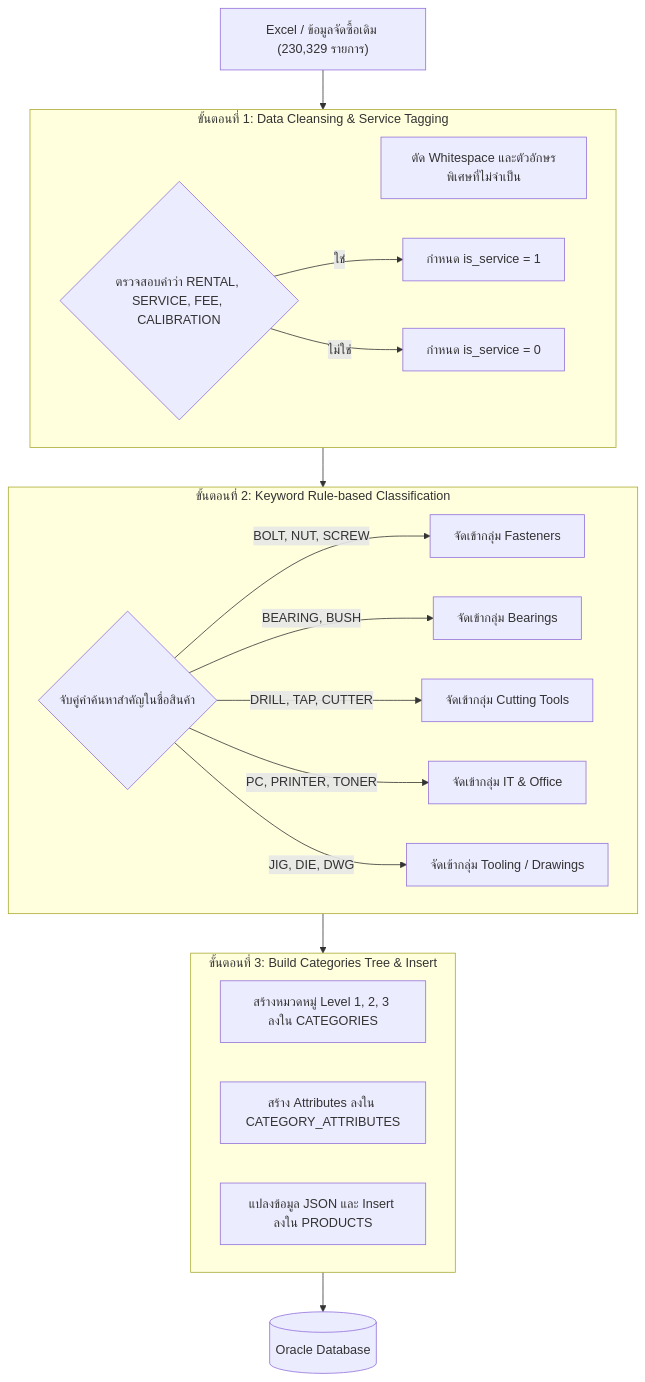
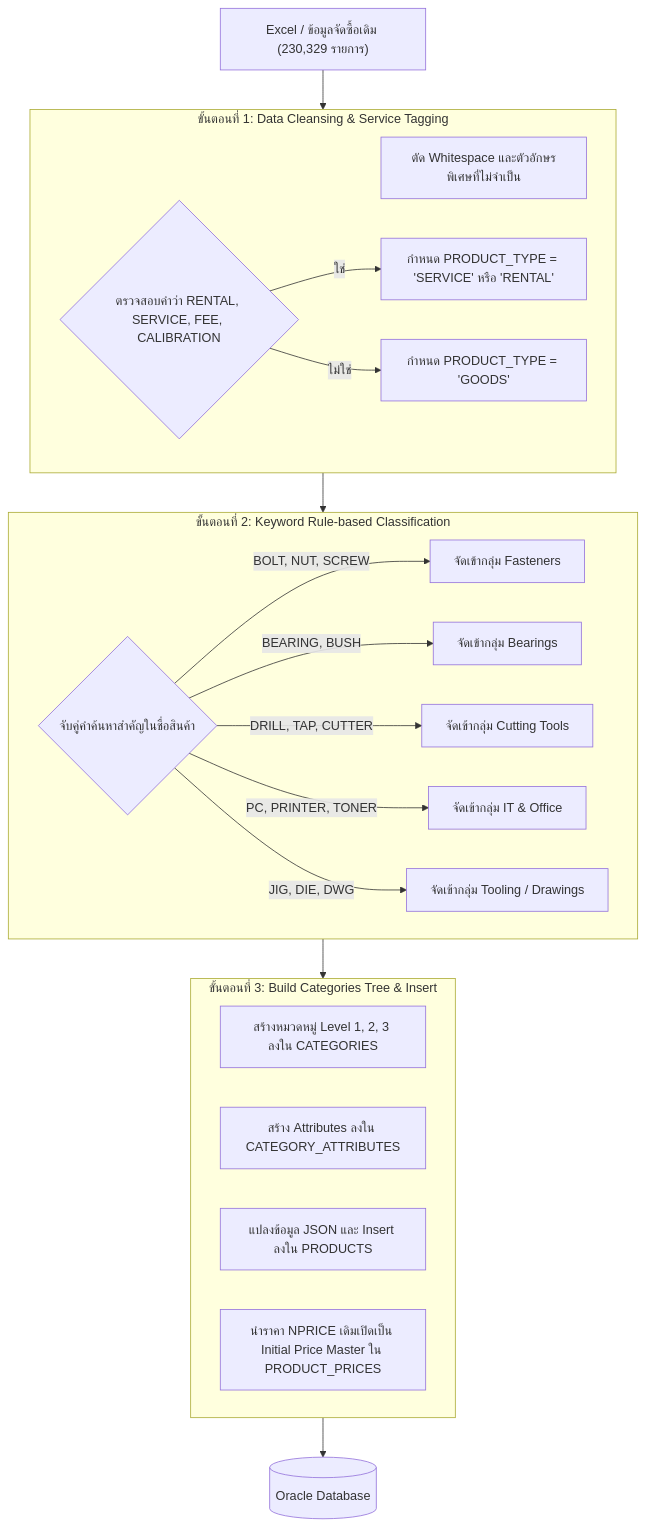
The fifth of 5 diagrams in PRODUCT_CATEGORIZATION_REPORT.md (mconthelock/procurement), drawn with Mermaid before and after one commit. The commit also changed other lines of this file, not shown here.

Commit message:
refactor: update product categorization report with database structure and core columns

````diff
--- a/PRODUCT_CATEGORIZATION_REPORT.md
+++ b/PRODUCT_CATEGORIZATION_REPORT.md
@@ -282,31 +545,32 @@
 ```mermaid
 flowchart TD
     Raw["Excel / ข้อมูลจัดซื้อเดิม (230,329 รายการ)"]
     
     subgraph Step1 ["ขั้นตอนที่ 1: Data Cleansing & Service Tagging"]
         CleanName["ตัด Whitespace และตัวอักษรพิเศษที่ไม่จำเป็น"]
         TagService{"ตรวจสอบคำว่า RENTAL, SERVICE, FEE, CALIBRATION"}
-        TagService -->|ใช่| FlagService["กำหนด is_service = 1"]
-        TagService -->|ไม่ใช่| FlagGoods["กำหนด is_service = 0"]
+        TagService -->|ใช่| FlagService["กำหนด PRODUCT_TYPE = 'SERVICE' หรือ 'RENTAL'"]
+        TagService -->|ไม่ใช่| FlagGoods["กำหนด PRODUCT_TYPE = 'GOODS'"]
     end
 
     subgraph Step2 ["ขั้นตอนที่ 2: Keyword Rule-based Classification"]
         RegexMatch{"จับคู่คำค้นหาสำคัญในชื่อสินค้า"}
         RegexMatch -->|BOLT, NUT, SCREW| CatFastener["จัดเข้ากลุ่ม Fasteners"]
         RegexMatch -->|BEARING, BUSH| CatBearing["จัดเข้ากลุ่ม Bearings"]
         RegexMatch -->|DRILL, TAP, CUTTER| CatTool["จัดเข้ากลุ่ม Cutting Tools"]
         RegexMatch -->|PC, PRINTER, TONER| CatIT["จัดเข้ากลุ่ม IT & Office"]
         RegexMatch -->|JIG, DIE, DWG| CatMolds["จัดเข้ากลุ่ม Tooling / Drawings"]
     end
 
     subgraph Step3 ["ขั้นตอนที่ 3: Build Categories Tree & Insert"]
         BuildCat["สร้างหมวดหมู่ Level 1, 2, 3 ลงใน CATEGORIES"]
         BuildAttr["สร้าง Attributes ลงใน CATEGORY_ATTRIBUTES"]
         InsertProd["แปลงข้อมูล JSON และ Insert ลงใน PRODUCTS"]
+        InitPrice["นำราคา NPRICE เดิมเปิดเป็น Initial Price Master ใน PRODUCT_PRICES"]
     end
 
     Raw --> Step1
     Step1 --> Step2
     Step2 --> Step3
     Step3 --> TargetDB[("Oracle Database")]
 ```
````
